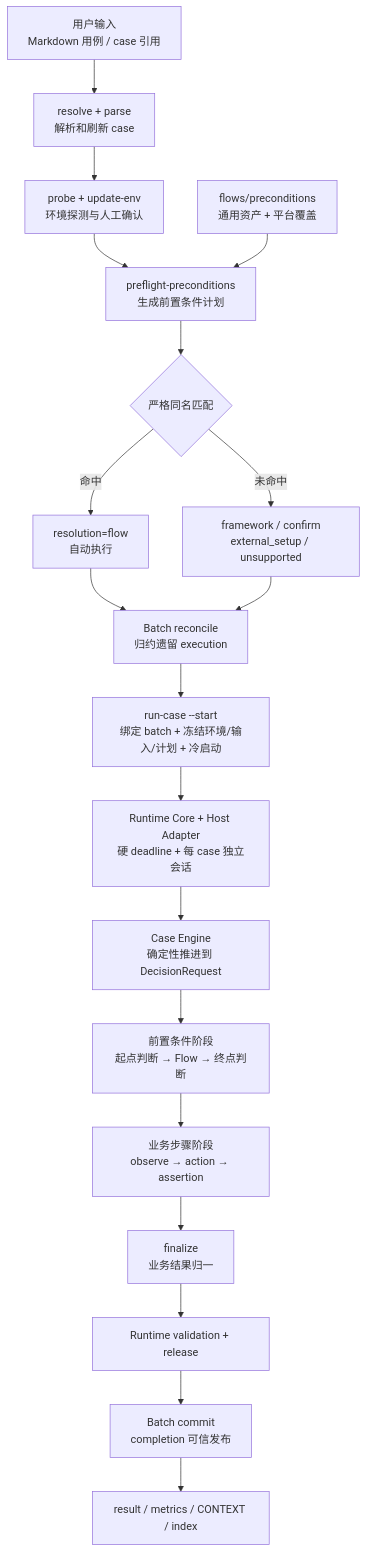
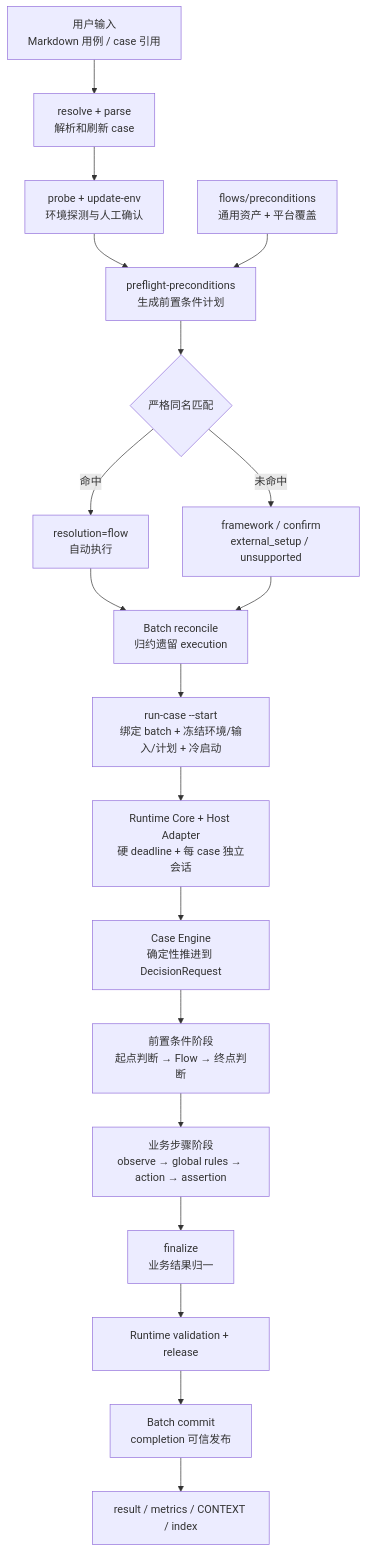
Before and after one commit to lianghuihui-plus/DevKit: the first of 5 diagrams in skills/mobile-ai-visual-test/docs/architecture.md, drawn with Mermaid. The commit also changed other lines of this file and 39 other files, not shown here.

````diff
--- a/skills/mobile-ai-visual-test/docs/architecture.md
+++ b/skills/mobile-ai-visual-test/docs/architecture.md
@@ -7,21 +7,21 @@
 ```mermaid
 flowchart TD
   U["用户输入<br/>Markdown 用例 / case 引用"] --> R["resolve + parse<br/>解析和刷新 case"]
   R --> E["probe + update-env<br/>环境探测与人工确认"]
   E --> P["preflight-preconditions<br/>生成前置条件计划"]
   F["flows/preconditions<br/>通用资产 + 平台覆盖"] --> P
   P --> M{"严格同名匹配"}
   M -->|命中| PF["resolution=flow<br/>自动执行"]
   M -->|未命中| PM["framework / confirm<br/>external_setup / unsupported"]
   PF --> B["Batch reconcile<br/>归约遗留 execution"]
   PM --> B
   B --> S["run-case --start<br/>绑定 batch + 冻结环境/输入/计划 + 冷启动"]
   S --> AR["Runtime Core + Host Adapter<br/>硬 deadline + 每 case 独立会话"]
   AR --> CE["Case Engine<br/>确定性推进到 DecisionRequest"]
   CE --> C["前置条件阶段<br/>起点判断 → Flow → 终点判断"]
-  C --> T["业务步骤阶段<br/>observe → action → assertion"]
+  C --> T["业务步骤阶段<br/>observe → global rules → action → assertion"]
   T --> Z["finalize<br/>业务结果归一"]
   Z --> V["Runtime validation + release"]
   V --> PUBLISH["Batch commit<br/>completion 可信发布"]
   PUBLISH --> O["result / metrics / CONTEXT / index"]
 ```
````
